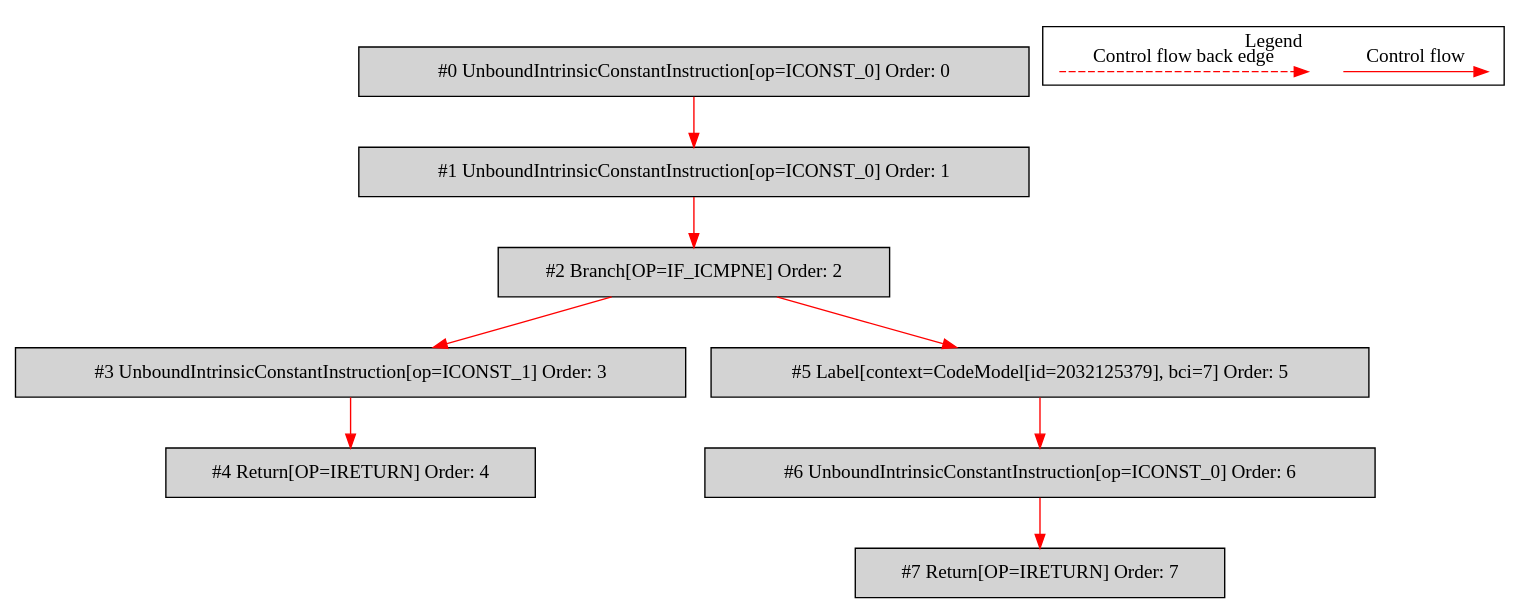
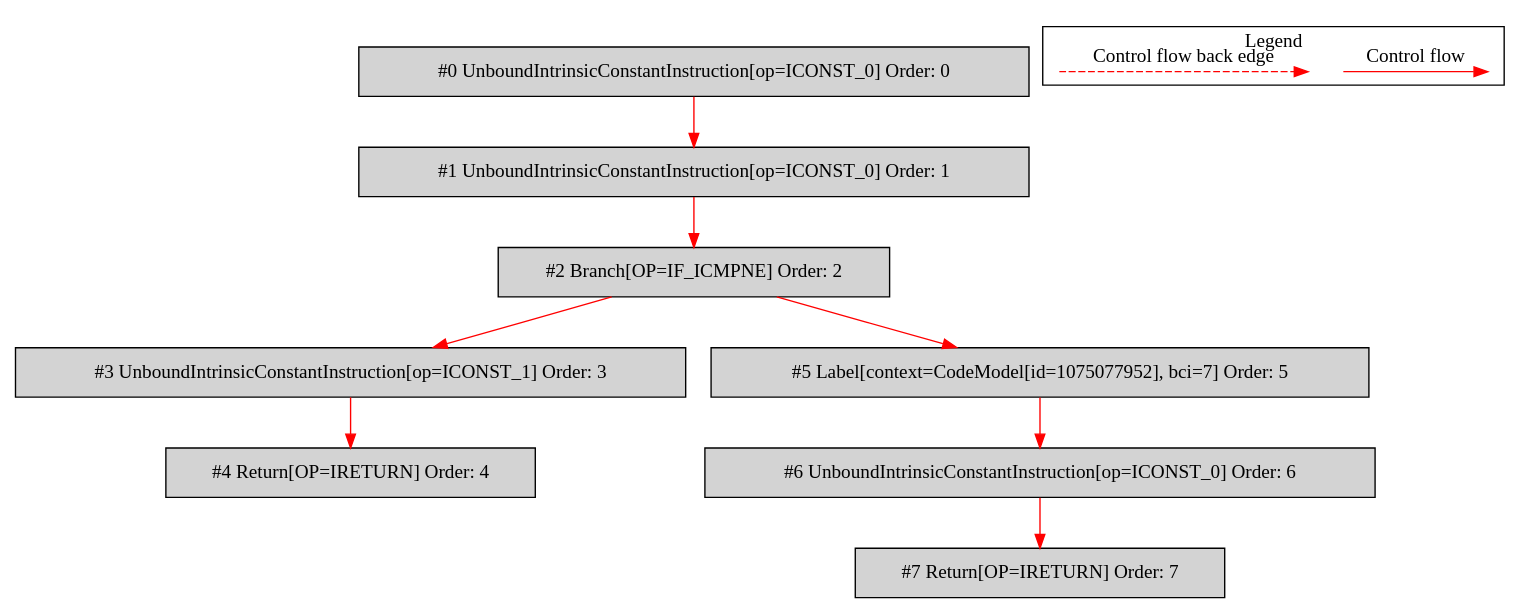
One commit to mirkosertic/MetaIR changed the diagram in de.mirkosertic.metair.ir.OpcodeIFICMPNETest/test_IF_ICMPNE/bytecodecfg.dot. Above: the diagram before and after it, drawn with Graphviz. The commit also changed 866 other files, not shown here.

```diff
--- a/de.mirkosertic.metair.ir.OpcodeIFICMPNETest/test_IF_ICMPNE/bytecodecfg.dot
+++ b/de.mirkosertic.metair.ir.OpcodeIFICMPNETest/test_IF_ICMPNE/bytecodecfg.dot
@@ -1,32 +1,32 @@
 digraph {
  ordering="in";
  node0[label="#0 UnboundIntrinsicConstantInstruction[op=ICONST_0] Order: 0", shape=box, fillcolor=lightgrey, style=filled];
  node1[label="#1 UnboundIntrinsicConstantInstruction[op=ICONST_0] Order: 1", shape=box, fillcolor=lightgrey, style=filled];
  node2[label="#2 Branch[OP=IF_ICMPNE] Order: 2", shape=box, fillcolor=lightgrey, style=filled];
  node3[label="#3 UnboundIntrinsicConstantInstruction[op=ICONST_1] Order: 3", shape=box, fillcolor=lightgrey, style=filled];
  node4[label="#4 Return[OP=IRETURN] Order: 4", shape=box, fillcolor=lightgrey, style=filled];
- node5[label="#5 Label[context=CodeModel[id=2032125379], bci=7] Order: 5", shape=box, fillcolor=lightgrey, style=filled];
+ node5[label="#5 Label[context=CodeModel[id=1075077952], bci=7] Order: 5", shape=box, fillcolor=lightgrey, style=filled];
  node6[label="#6 UnboundIntrinsicConstantInstruction[op=ICONST_0] Order: 6", shape=box, fillcolor=lightgrey, style=filled];
  node7[label="#7 Return[OP=IRETURN] Order: 7", shape=box, fillcolor=lightgrey, style=filled];
  node0 -> node1[color=red];
  node1 -> node2[color=red];
  node2 -> node3[color=red];
  node3 -> node4[color=red];
  node2 -> node5[color=red];
  node5 -> node6[color=red];
  node6 -> node7[color=red];
  subgraph cluster_000 {
   label = "Legend";
   node [shape=point]
   {
    rank=same;
    c0 [style = invis];
    c1 [style = invis];
    c2 [style = invis];
    c3 [style = invis];
   }
   c0 -> c1 [label="Control flow", style=solid, color=red]
   c2 -> c3 [label="Control flow back edge", style=dashed, color=red]
  }
 
 }
```
